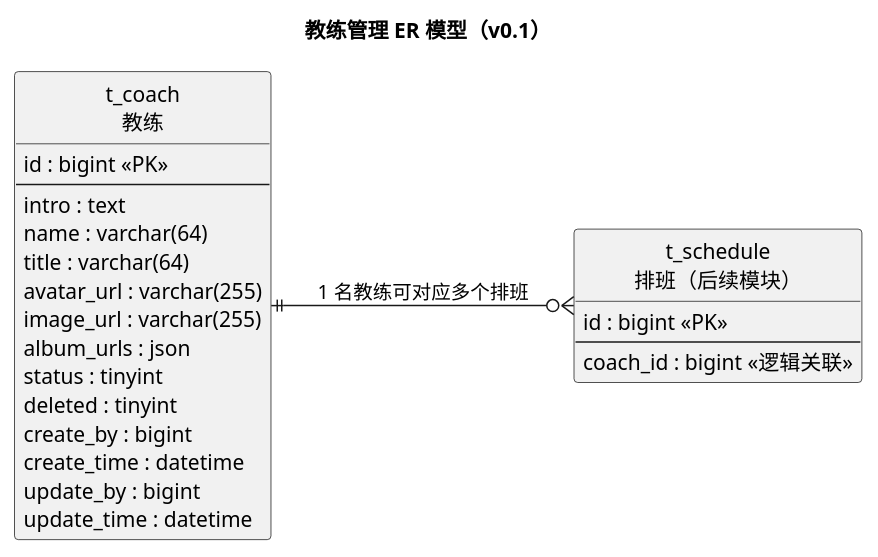
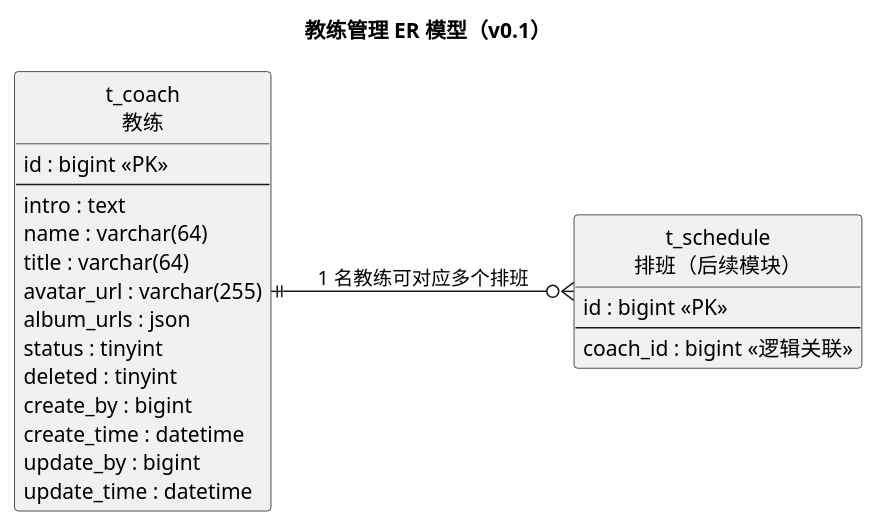
The diagram in docs/详细设计/教练管理详细设计.md (duo2530/techplant-yoga), drawn with PlantUML before and after one commit. The commit also changed other lines of this file, not shown here.

````diff
--- a/docs/详细设计/教练管理详细设计.md
+++ b/docs/详细设计/教练管理详细设计.md
@@ -57,38 +57,37 @@
 ```plantuml
 @startuml
 title 教练管理 ER 模型（v0.1）
 
 left to right direction
 hide circle
 skinparam defaultFontName Microsoft YaHei
 skinparam entity {
   BackgroundColor #FDFDFD
   BorderColor #4A7EBB
 }
 
 entity "t_coach\n教练" as t_coach {
   id : bigint <<PK>>
   --
   intro : text
   name : varchar(64)
   title : varchar(64)
   avatar_url : varchar(255)
-  image_url : varchar(255)
   album_urls : json
   status : tinyint
   deleted : tinyint
   create_by : bigint
   create_time : datetime
   update_by : bigint
   update_time : datetime
 }
 
 entity "t_schedule\n排班（后续模块）" as t_schedule {
   id : bigint <<PK>>
   --
   coach_id : bigint <<逻辑关联>>
 }
 
 t_coach ||--o{ t_schedule : "1 名教练可对应多个排班"
 @enduml
 ```
````
